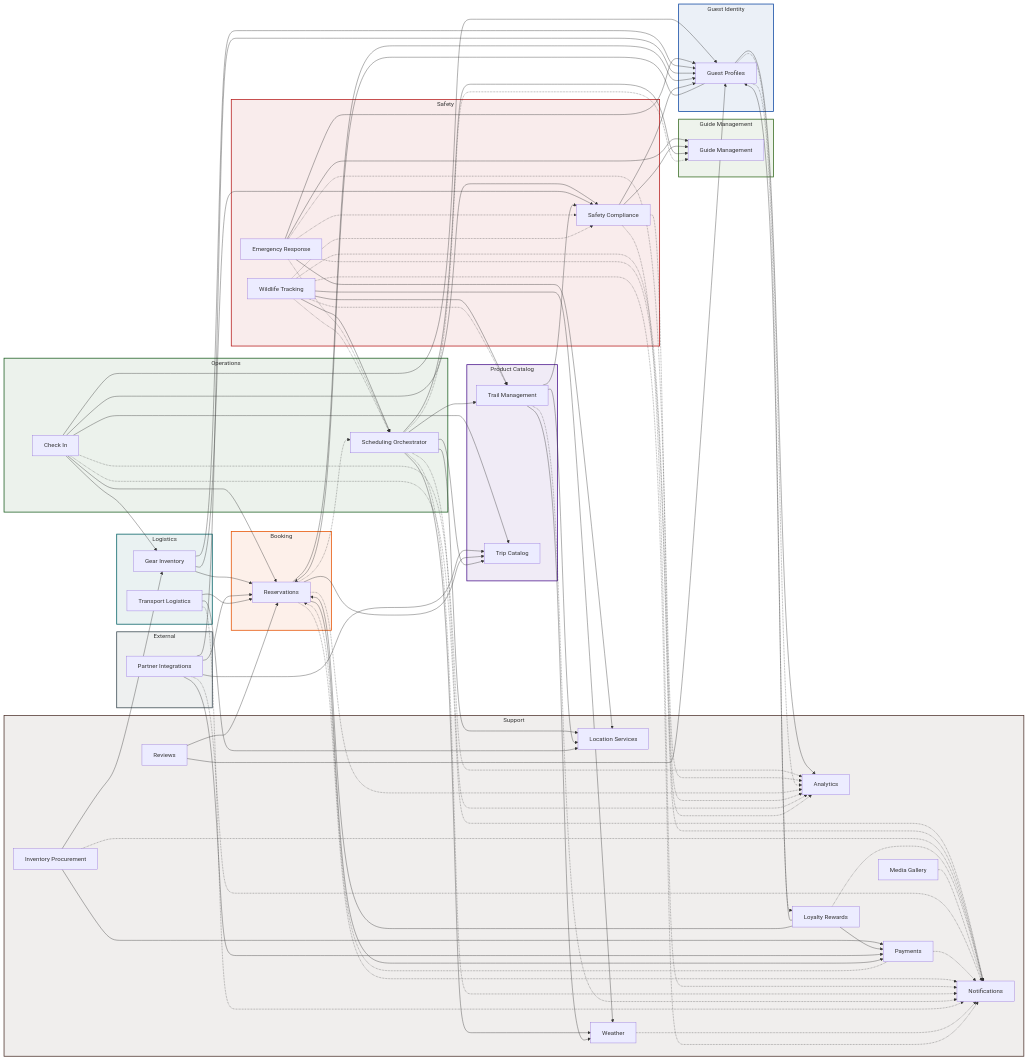
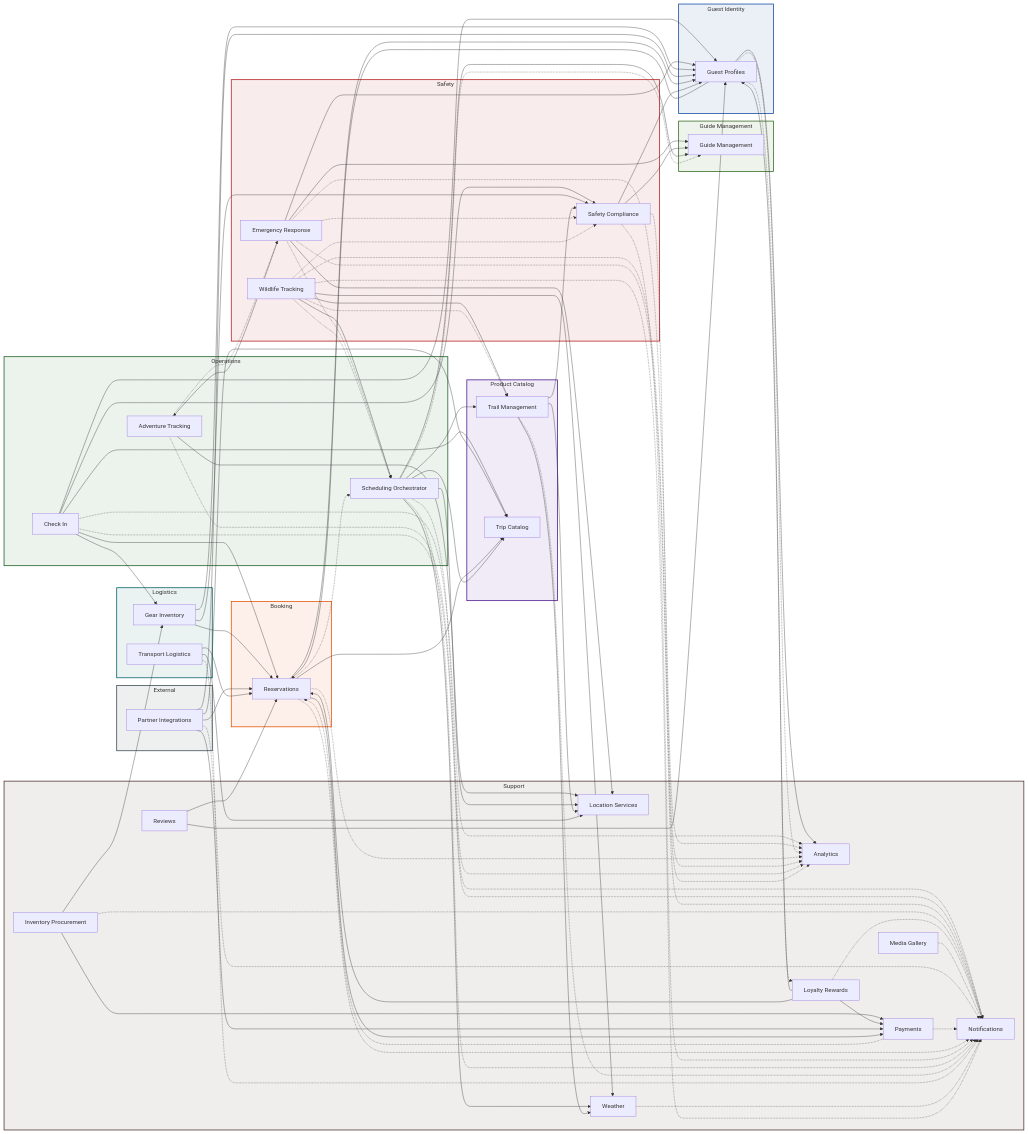
Before and after one commit to christopherblaisdell/continuous-architecture-platform-poc: the diagram in portal/docs/topology/system-map.md, drawn with Mermaid. The commit also changed other lines of this file and 45 other files, not shown here.

First line of the commit message:
solution: NTK-10006 Real-Time Adventure Tracking and Emergency Alerting

```diff
--- a/portal/docs/topology/system-map.md
+++ b/portal/docs/topology/system-map.md
@@ -38,6 +38,7 @@
     end
 
     subgraph Operations["Operations"]
+        svc-adventure-tracking["Adventure Tracking"]
         svc-check-in["Check In"]
         svc-scheduling-orchestrator["Scheduling Orchestrator"]
     end
@@ -66,11 +67,13 @@
     end
 
     %% REST calls (HTTPS)
+    svc-adventure-tracking --> svc-location-services
     svc-check-in --> svc-gear-inventory
     svc-check-in --> svc-guest-profiles
     svc-check-in --> svc-reservations
     svc-check-in --> svc-safety-compliance
     svc-check-in --> svc-trip-catalog
+    svc-emergency-response --> svc-adventure-tracking
     svc-emergency-response --> svc-guest-profiles
     svc-emergency-response --> svc-guide-management
     svc-emergency-response --> svc-location-services
@@ -110,6 +113,8 @@
     svc-wildlife-tracking --> svc-weather
 
     %% Event flows (Kafka)
+    svc-adventure-tracking -.-> svc-emergency-response
+    svc-adventure-tracking -.-> svc-notifications
     svc-check-in -.-> svc-analytics
     svc-check-in -.-> svc-notifications
     svc-emergency-response -.-> svc-analytics
```
